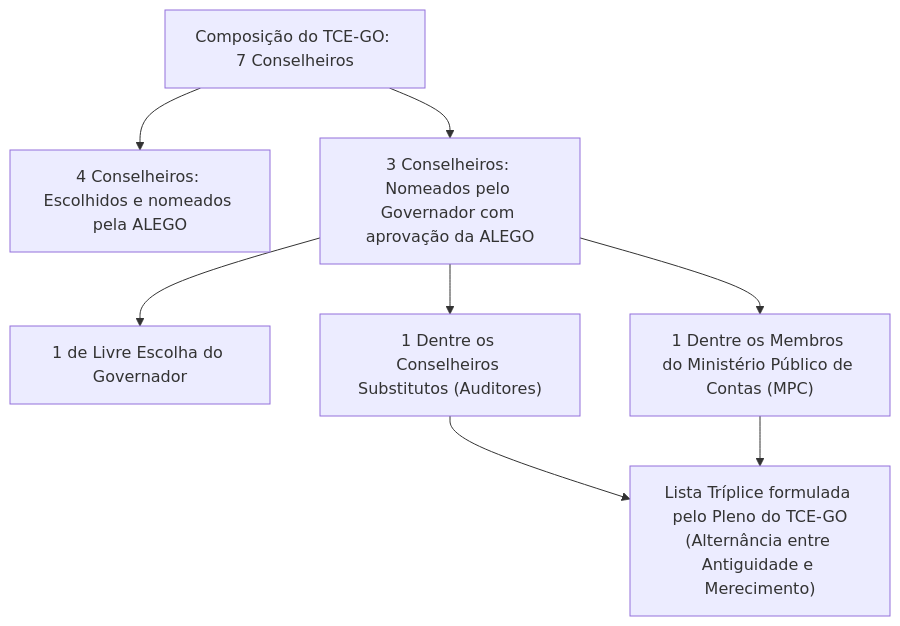
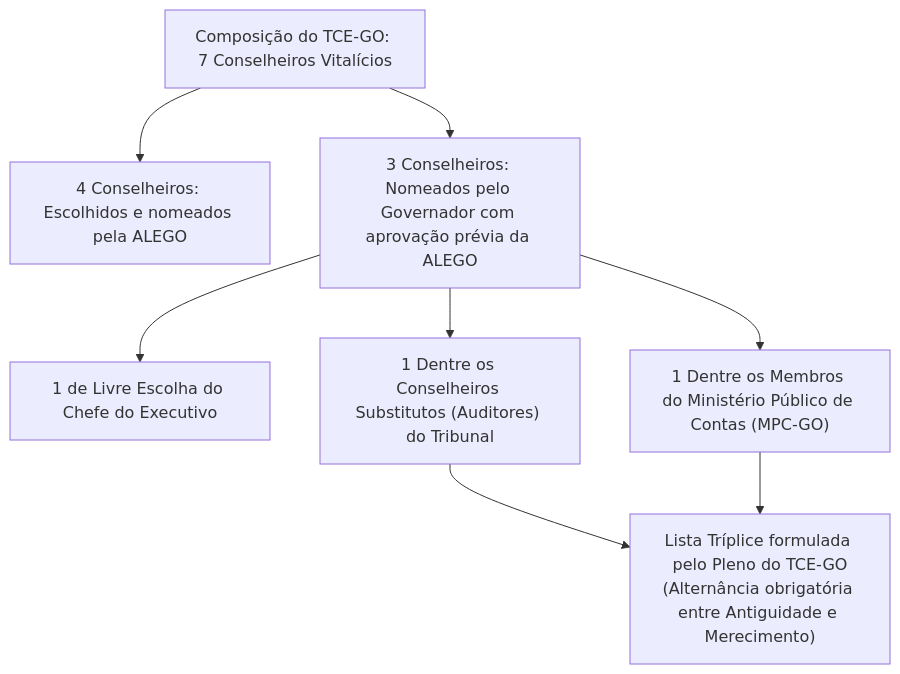
One commit to thiagosantos346/TCE-GO-2027 changed the second of 2 diagrams in fontes_de_estudo/conhecimentos_gerais/03_legislacao_institucional/01_bases_constitucionais_cf88_e_ce_go.md. Above: the diagram before and after it, drawn with Mermaid. The commit also changed other lines of this file and 119 other files, not shown here.

````diff
--- a/fontes_de_estudo/conhecimentos_gerais/03_legislacao_institucional/01_bases_constitucionais_cf88_e_ce_go.md
+++ b/fontes_de_estudo/conhecimentos_gerais/03_legislacao_institucional/01_bases_constitucionais_cf88_e_ce_go.md
@@ -199,13 +247,13 @@
 ```mermaid
 graph TD
-    TCE[Composição do TCE-GO: 7 Conselheiros]
+    TCE["Composição do TCE-GO: 7 Conselheiros Vitalícios"]
     
     TCE --> ALEGO["4 Conselheiros: Escolhidos e nomeados pela ALEGO"]
-    TCE --> GOV["3 Conselheiros: Nomeados pelo Governador com aprovação da ALEGO"]
+    TCE --> GOV["3 Conselheiros: Nomeados pelo Governador com aprovação prévia da ALEGO"]
     
-    GOV --> G1["1 de Livre Escolha do Governador"]
-    GOV --> G2["1 Dentre os Conselheiros Substitutos (Auditores)"]
-    GOV --> G3["1 Dentre os Membros do Ministério Público de Contas (MPC)"]
+    GOV --> G1["1 de Livre Escolha do Chefe do Executivo"]
+    GOV --> G2["1 Dentre os Conselheiros Substitutos (Auditores) do Tribunal"]
+    GOV --> G3["1 Dentre os Membros do Ministério Público de Contas (MPC-GO)"]
     
-    G2 & G3 --> LT["Lista Tríplice formulada pelo Pleno do TCE-GO<br/>(Alternância entre Antiguidade e Merecimento)"]
+    G2 & G3 --> LT["Lista Tríplice formulada pelo Pleno do TCE-GO<br/>(Alternância obrigatória entre Antiguidade e Merecimento)"]
 ```
````
